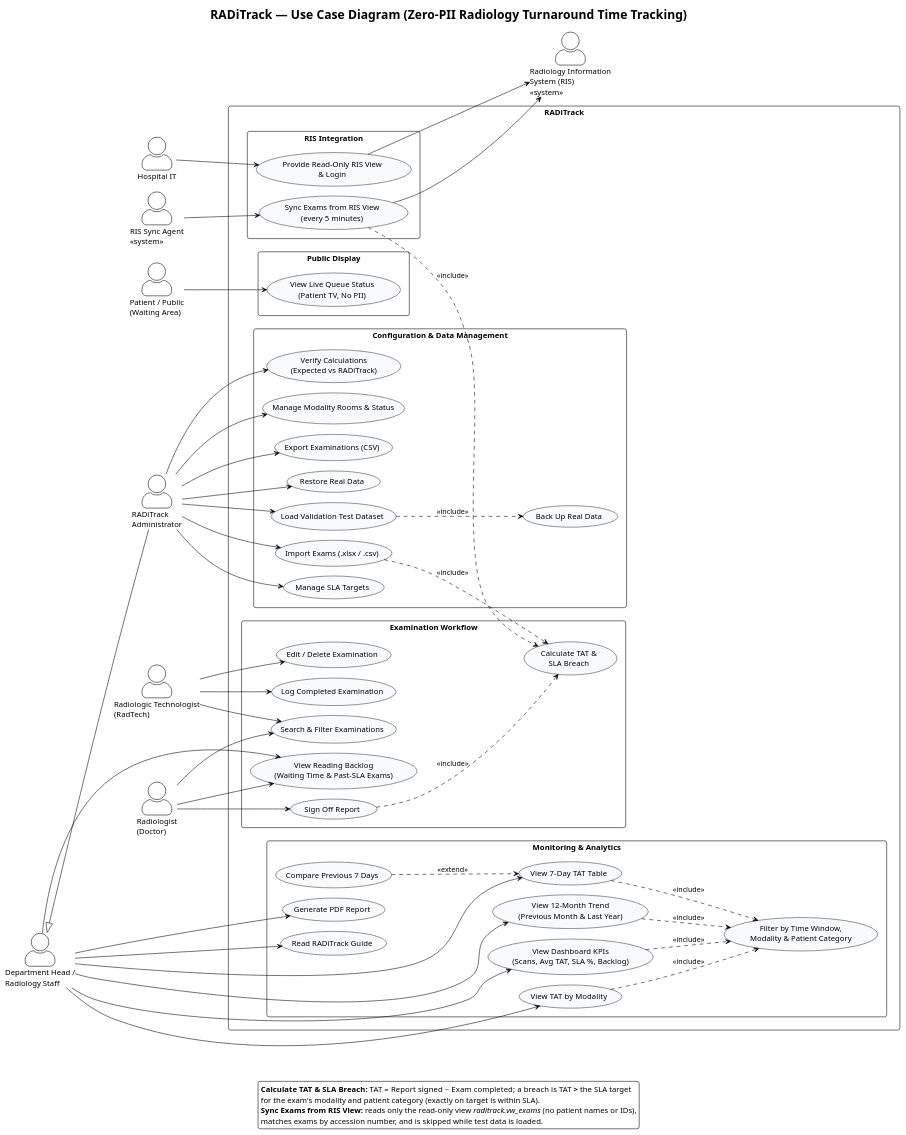
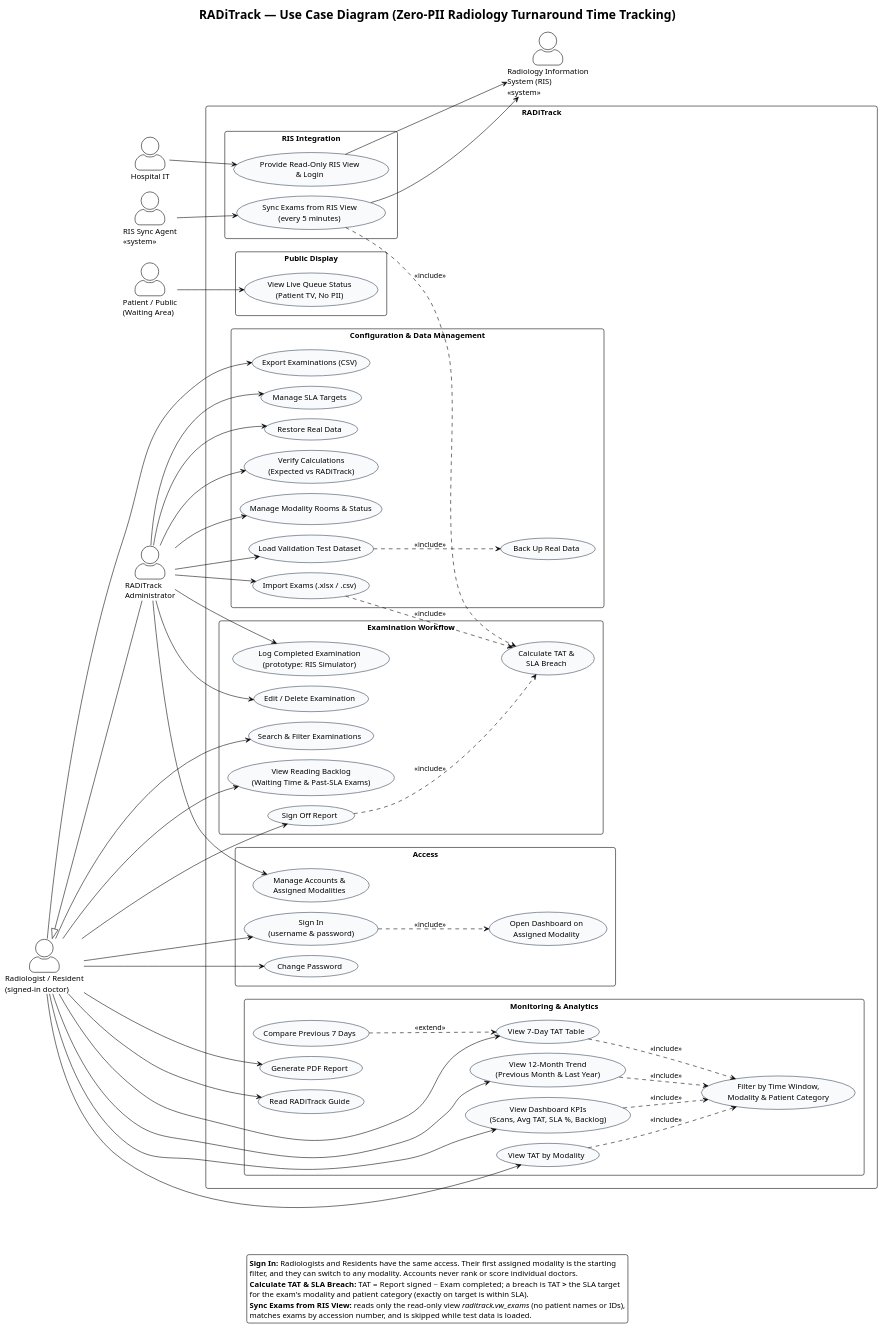
One commit to mgoblimar/RADiTrack changed the diagram in DIAGRAMS/Use_Case.puml. Above: the diagram before and after it, drawn with PlantUML. The commit also changed 40 other files, not shown here.

First line of the commit message:
feat: add staff sign-in with per-doctor accounts and assigned modalities

```diff
--- a/DIAGRAMS/Use_Case.puml
+++ b/DIAGRAMS/Use_Case.puml
@@ -1,143 +1,150 @@
 @startuml raditrack_use_case
 !theme plain
 left to right direction
 skinparam shadowing false
 skinparam roundcorner 8
 skinparam defaultFontName Arial
 skinparam packageStyle rectangle
 skinparam actorStyle awesome
 skinparam nodesep 18
 skinparam ranksep 70
 skinparam usecase {
     BackgroundColor #F8FAFC
     BorderColor #334155
 }
 
 title RADiTrack — Use Case Diagram (Zero-PII Radiology Turnaround Time Tracking)
 
 ' ==============================================================================
 ' PRIMARY ACTORS (left) — declared in the same order as their packages
 ' ==============================================================================
 
-actor "Radiologic Technologist\n(RadTech)" as RadTech
-actor "Radiologist\n(Doctor)" as Radiologist
-actor "Department Head /\nRadiology Staff" as Manager
+actor "Radiologist / Resident\n(signed-in doctor)" as Doctor
 actor "RADiTrack\nAdministrator" as Admin
 actor "Hospital IT" as HospitalIT
 actor "RIS Sync Agent\n<<system>>" as SyncAgent
 actor "Patient / Public\n(Waiting Area)" as Public
 
 ' ==============================================================================
 ' SYSTEM BOUNDARY
 ' ==============================================================================
 
 rectangle "RADiTrack" {
 
+    package "Access" {
+        usecase "Sign In\n(username & password)" as UC_SignIn
+        usecase "Open Dashboard on\nAssigned Modality" as UC_Default
+        usecase "Change Password" as UC_Password
+        usecase "Manage Accounts &\nAssigned Modalities" as UC_Accounts
+    }
+
     package "Examination Workflow" {
-        usecase "Log Completed Examination" as UC_Log
+        usecase "Log Completed Examination\n(prototype: RIS Simulator)" as UC_Log
         usecase "Edit / Delete Examination" as UC_Edit
         usecase "Search & Filter Examinations" as UC_Search
         usecase "View Reading Backlog\n(Waiting Time & Past-SLA Exams)" as UC_Backlog
         usecase "Sign Off Report" as UC_Sign
         usecase "Calculate TAT &\nSLA Breach" as UC_Tat
     }
 
     package "Monitoring & Analytics" {
         usecase "View Dashboard KPIs\n(Scans, Avg TAT, SLA %, Backlog)" as UC_Kpi
         usecase "View TAT by Modality" as UC_ByModality
         usecase "View 7-Day TAT Table" as UC_SevenDay
         usecase "Compare Previous 7 Days" as UC_ComparePrev
         usecase "View 12-Month Trend\n(Previous Month & Last Year)" as UC_Trend
         usecase "Filter by Time Window,\nModality & Patient Category" as UC_Filter
         usecase "Generate PDF Report" as UC_Report
         usecase "Read RADiTrack Guide" as UC_Guide
     }
 
     package "Configuration & Data Management" {
         usecase "Manage SLA Targets" as UC_Sla
         usecase "Manage Modality Rooms & Status" as UC_Rooms
         usecase "Import Exams (.xlsx / .csv)" as UC_Import
         usecase "Export Examinations (CSV)" as UC_Export
         usecase "Load Validation Test Dataset" as UC_LoadTest
         usecase "Back Up Real Data" as UC_Backup
         usecase "Verify Calculations\n(Expected vs RADiTrack)" as UC_Verify
         usecase "Restore Real Data" as UC_Restore
     }
 
     package "RIS Integration" {
         usecase "Provide Read-Only RIS View\n& Login" as UC_View
         usecase "Sync Exams from RIS View\n(every 5 minutes)" as UC_Sync
     }
 
     package "Public Display" {
         usecase "View Live Queue Status\n(Patient TV, No PII)" as UC_Tv
     }
 }
 
 ' ==============================================================================
 ' SECONDARY ACTOR (right)
 ' ==============================================================================
 
 actor "Radiology Information\nSystem (RIS)\n<<system>>" as RIS
 
 ' ==============================================================================
 ' ACTOR ↔ USE CASE
 ' ==============================================================================
 
-RadTech --> UC_Log
-RadTech --> UC_Edit
-RadTech --> UC_Search
+Doctor --> UC_SignIn
+Doctor --> UC_Password
+Doctor --> UC_Backlog
+Doctor --> UC_Sign
+Doctor --> UC_Search
+Doctor --> UC_Kpi
+Doctor --> UC_ByModality
+Doctor --> UC_SevenDay
+Doctor --> UC_Trend
+Doctor --> UC_Report
+Doctor --> UC_Guide
+Doctor --> UC_Export
 
-Radiologist --> UC_Backlog
-Radiologist --> UC_Sign
-Radiologist --> UC_Search
-
-Manager --> UC_Kpi
-Manager --> UC_ByModality
-Manager --> UC_SevenDay
-Manager --> UC_Trend
-Manager --> UC_Report
-Manager --> UC_Guide
-Manager --> UC_Backlog
-
+Admin --> UC_Accounts
+Admin --> UC_Log
+Admin --> UC_Edit
 Admin --> UC_Sla
 Admin --> UC_Rooms
 Admin --> UC_Import
-Admin --> UC_Export
 Admin --> UC_LoadTest
 Admin --> UC_Verify
 Admin --> UC_Restore
 
 HospitalIT --> UC_View
 SyncAgent --> UC_Sync
 Public --> UC_Tv
 
 UC_View --> RIS
 UC_Sync --> RIS
 
-' An administrator can also do everything the department staff can do
-Manager <|-- Admin
+' An administrator can also do everything a doctor can do
+Doctor <|-- Admin
 
 ' ==============================================================================
 ' INCLUDE / EXTEND RELATIONSHIPS
 ' ==============================================================================
 
+UC_SignIn ..> UC_Default : <<include>>
 UC_Sign ..> UC_Tat : <<include>>
 UC_Sync ..> UC_Tat : <<include>>
 UC_Import ..> UC_Tat : <<include>>
 UC_LoadTest ..> UC_Backup : <<include>>
 
 UC_Kpi ..> UC_Filter : <<include>>
 UC_ByModality ..> UC_Filter : <<include>>
 UC_SevenDay ..> UC_Filter : <<include>>
 UC_Trend ..> UC_Filter : <<include>>
 UC_ComparePrev ..> UC_SevenDay : <<extend>>
 
 legend bottom
+  **Sign In:** Radiologists and Residents have the same access. Their first assigned modality is the starting
+  filter, and they can switch to any modality. Accounts never rank or score individual doctors.
   **Calculate TAT & SLA Breach:** TAT = Report signed − Exam completed; a breach is TAT **>** the SLA target
   for the exam's modality and patient category (exactly on target is within SLA).
   **Sync Exams from RIS View:** reads only the read-only view //raditrack.vw_exams// (no patient names or IDs),
   matches exams by accession number, and is skipped while test data is loaded.
 endlegend
 
 @enduml
```
